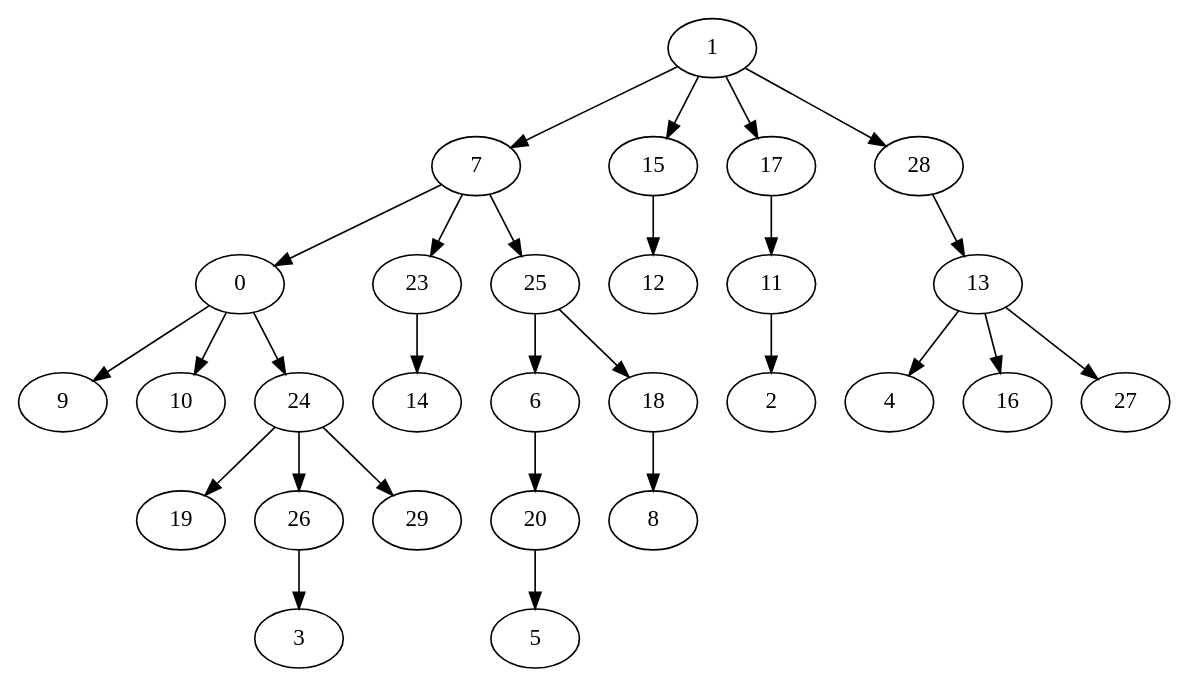
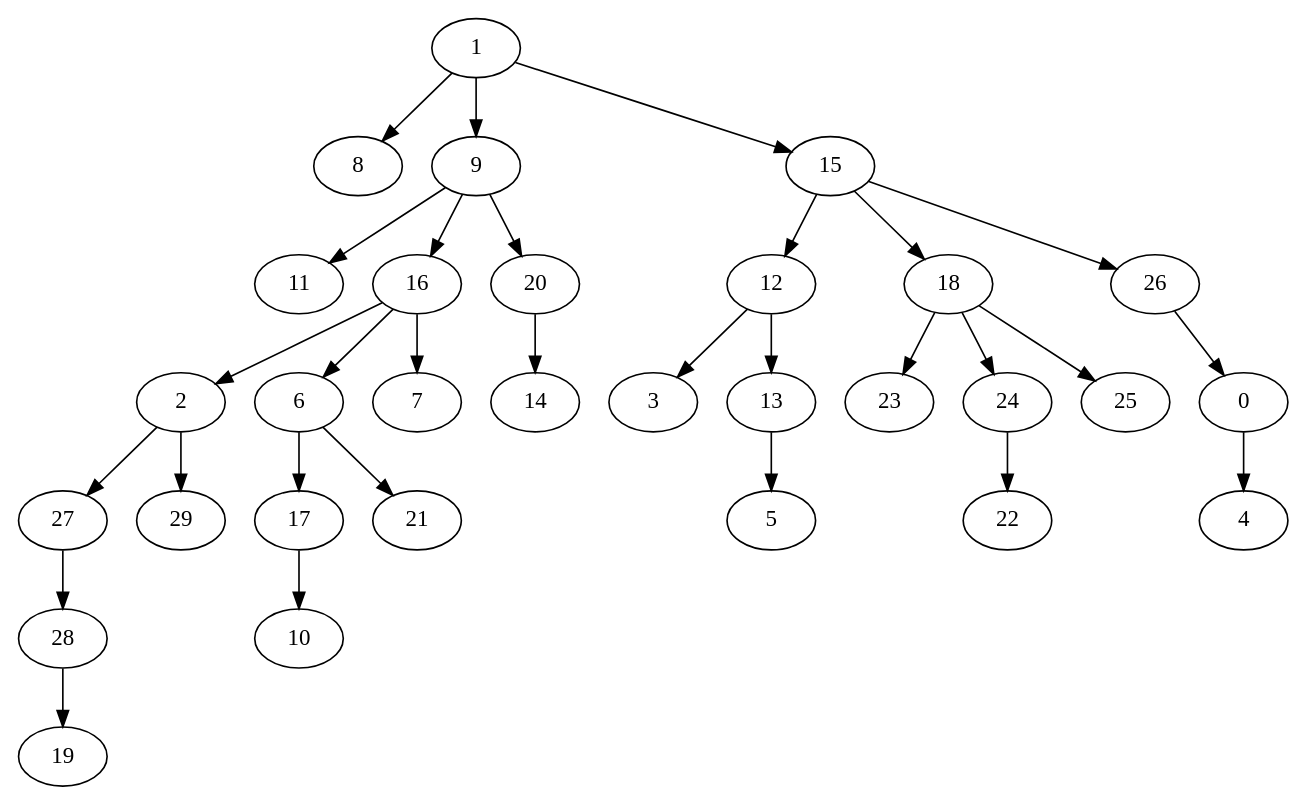
Before and after one commit to GusRojas/Grafos2DAA_A24: the diagram in arbol_bfs_geo30.gv, drawn with Graphviz. The commit also changed 14 other files, not shown here.

```diff
--- a/arbol_bfs_geo30.gv
+++ b/arbol_bfs_geo30.gv
@@ -1,29 +1,31 @@
 digraph {
-  1 -> 7;
+  1 -> 8;
+  1 -> 9;
   1 -> 15;
-  1 -> 17;
-  1 -> 28;
-  7 -> 0;
-  7 -> 23;
-  7 -> 25;
+  9 -> 11;
+  9 -> 16;
+  9 -> 20;
   15 -> 12;
-  17 -> 11;
-  28 -> 13;
-  0 -> 9;
-  0 -> 10;
-  0 -> 24;
-  23 -> 14;
-  25 -> 6;
-  25 -> 18;
-  11 -> 2;
-  13 -> 4;
-  13 -> 16;
-  13 -> 27;
-  24 -> 19;
-  24 -> 26;
-  24 -> 29;
-  6 -> 20;
-  18 -> 8;
-  26 -> 3;
-  20 -> 5;
+  15 -> 18;
+  15 -> 26;
+  16 -> 2;
+  16 -> 6;
+  16 -> 7;
+  20 -> 14;
+  12 -> 3;
+  12 -> 13;
+  18 -> 23;
+  18 -> 24;
+  18 -> 25;
+  26 -> 0;
+  2 -> 27;
+  2 -> 29;
+  6 -> 17;
+  6 -> 21;
+  13 -> 5;
+  24 -> 22;
+  0 -> 4;
+  27 -> 28;
+  17 -> 10;
+  28 -> 19;
 }
```
